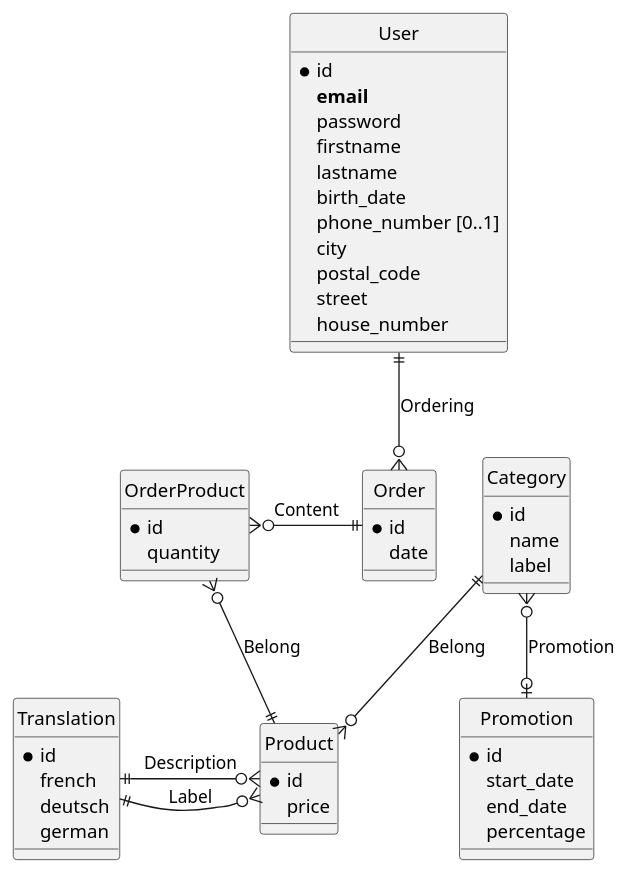
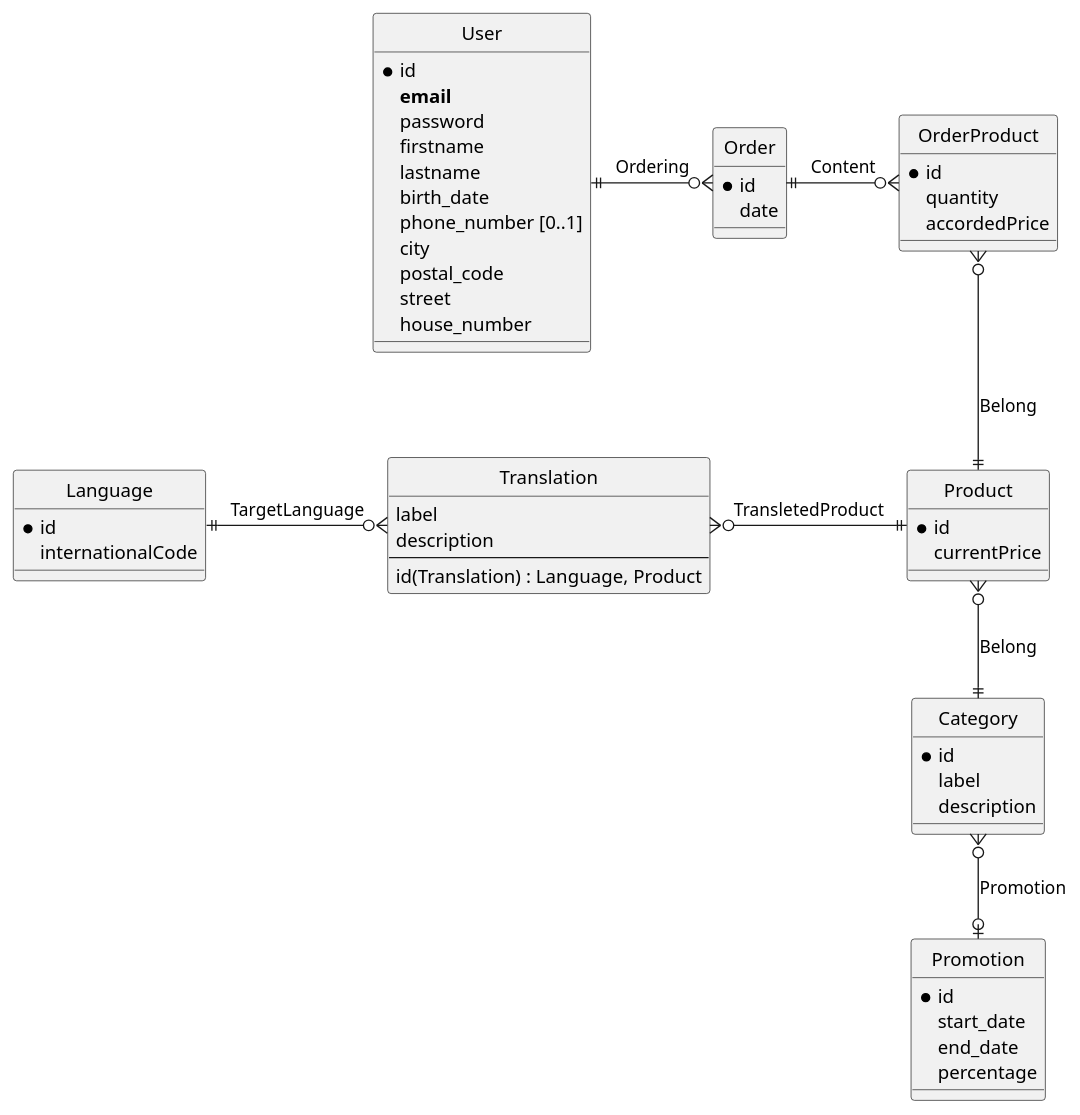
Before and after one commit to ThibBer/SportProducts: the diagram in schema/entityRelation.puml, drawn with PlantUML. The commit also changed 1 other file, not shown here.

Commit message:
Update plantuml diagram

```diff
--- a/schema/entityRelation.puml
+++ b/schema/entityRelation.puml
@@ -1,62 +1,68 @@
 @startuml
 hide circle
 
 entity User {
     * id
     **email**
     password
     firstname
     lastname
     birth_date
     phone_number [0..1]
     city
     postal_code
     street
     house_number
 }
 
 entity Category {
     * id
-    name
     label
+    description
 }
 
 entity Product  {
     * id
-    price
+    currentPrice
 }
 
 entity Order {
     *id
     date
 }
 
 entity OrderProduct {
     *id
     quantity
+    accordedPrice
 }
 
 entity Translation {
-    * id
-    french
-    deutsch
-    german
+    label
+    description
+    ---
+    id(Translation) : Language, Product
+}
+
+entity Language {
+    *id
+    internationalCode
 }
 
 entity Promotion {
     *id
     start_date
     end_date
     percentage
 }
 
-Order ||-left-o{ OrderProduct : Content
-User ||--o{ Order : Ordering
-Category ||--o{ Product : Belong
+Order ||-right-o{ OrderProduct : Content
+User ||-right-o{ Order : Ordering
+Category ||-up-o{ Product : Belong
 OrderProduct }o--|| Product : Belong
 
 Category }o--o| Promotion : Promotion
 
-Product }o-left-|| Translation : Label
-Product }o--|| Translation : Description
+Product ||-left-o{ Translation : TransletedProduct
+Translation }o-left-|| Language : TargetLanguage
 @enduml
```
